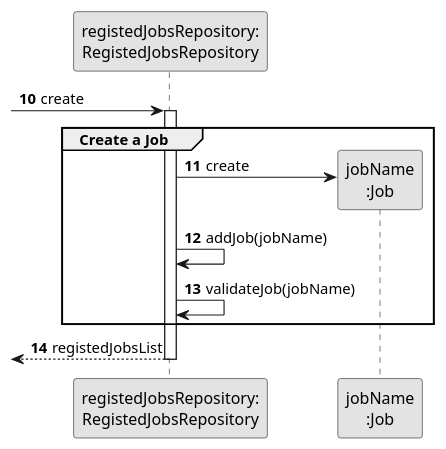
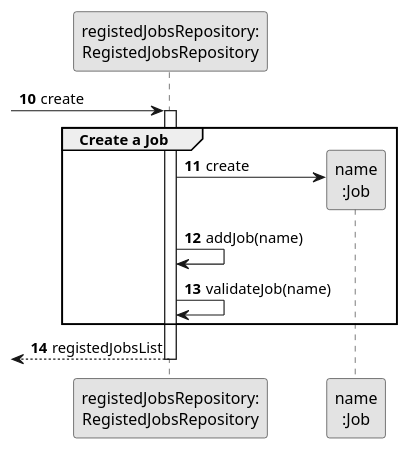
The diagram in docs/sprint2/us002/03.design/puml/us002-sequence-diagram-partial-create-job.puml (1231360-ISEP/lei-24-s2-1db-g021), drawn with PlantUML before and after one commit. The commit also changed 36 other files, not shown here.

Commit message:
Update Domain Model All User Stories - correction of skillName - name jobName - name

```diff
--- a/docs/sprint2/us002/03.design/puml/us002-sequence-diagram-partial-create-job.puml
+++ b/docs/sprint2/us002/03.design/puml/us002-sequence-diagram-partial-create-job.puml
@@ -1,27 +1,27 @@
 @startuml
 skinparam monochrome true
 skinparam packageStyle rectangle
 skinparam shadowing false
 
 participant "registedJobsRepository:\nRegistedJobsRepository" as RegistedJobsRepository
-participant "jobName\n:Job" as PROFISSAO
+participant "name\n:Job" as PROFISSAO
 
 autonumber 10
 -> RegistedJobsRepository: create
 activate RegistedJobsRepository
 
     group Create a Job
 
         RegistedJobsRepository -> PROFISSAO**: create
-        RegistedJobsRepository -> RegistedJobsRepository: addJob(jobName)
+        RegistedJobsRepository -> RegistedJobsRepository: addJob(name)
 
-            RegistedJobsRepository -> RegistedJobsRepository: validateJob(jobName)
+            RegistedJobsRepository -> RegistedJobsRepository: validateJob(name)
 
     end
 
     <-- RegistedJobsRepository : registedJobsList
 
 deactivate RegistedJobsRepository
 
 
 @enduml
```
